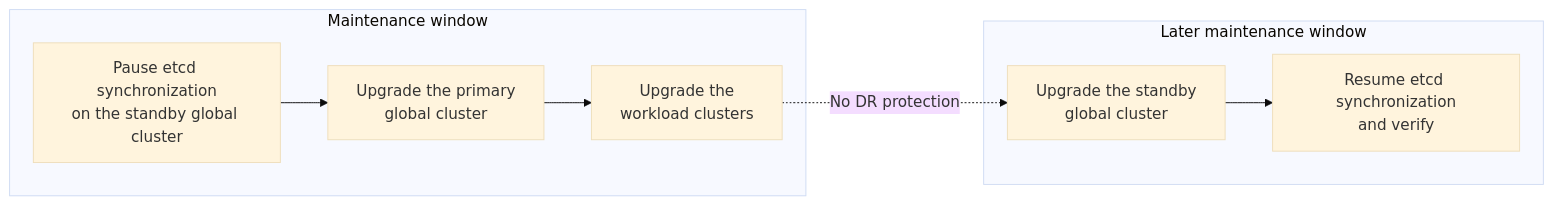
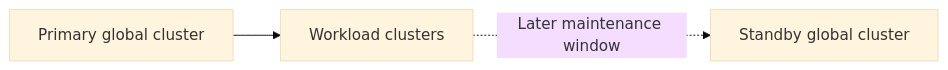
Before and after one commit to alauda/acp-docs: the diagram in docs/en/upgrade/global/upgrade_global_dr_deferred_standby.mdx, drawn with Mermaid (base theme). The commit also changed other lines of this file, not shown here.

First line of the commit message:
docs(upgrade): split token rotator steps per global cluster

````diff
--- a/docs/en/upgrade/global/upgrade_global_dr_deferred_standby.mdx
+++ b/docs/en/upgrade/global/upgrade_global_dr_deferred_standby.mdx
@@ -9,10 +9,5 @@
 ```mermaid
 flowchart LR
-    subgraph w1 ["Maintenance window"]
-        pause["Pause etcd synchronization<br/>on the standby global cluster"] --> primary["Upgrade the primary<br/>global cluster"] --> workload["Upgrade the<br/>workload clusters"]
-    end
-    subgraph w2 ["Later maintenance window"]
-        standby["Upgrade the standby<br/>global cluster"] --> resume["Resume etcd synchronization<br/>and verify"]
-    end
-    workload -.->|No DR protection| standby
+    primary[Primary global cluster] --> workload[Workload clusters]
+    workload -.->|Later maintenance window| standby[Standby global cluster]
 ```
````
